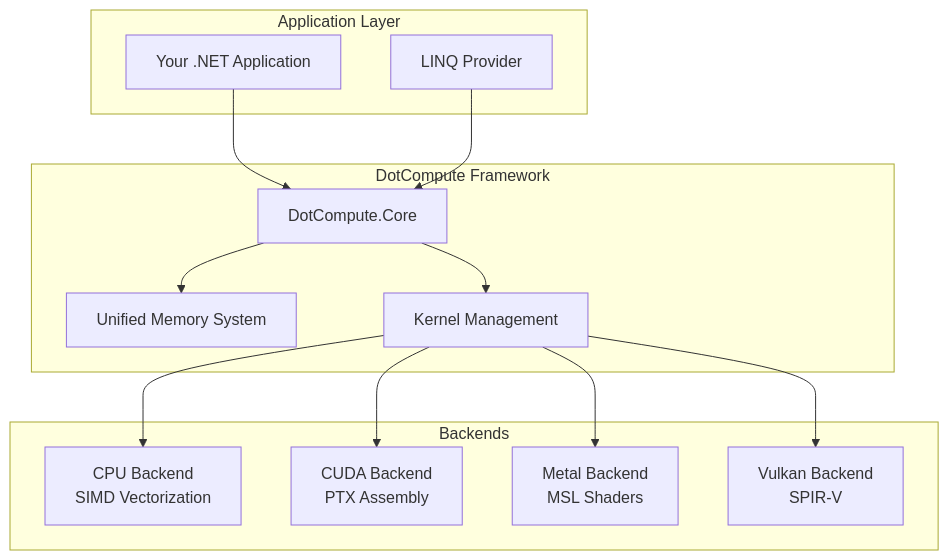
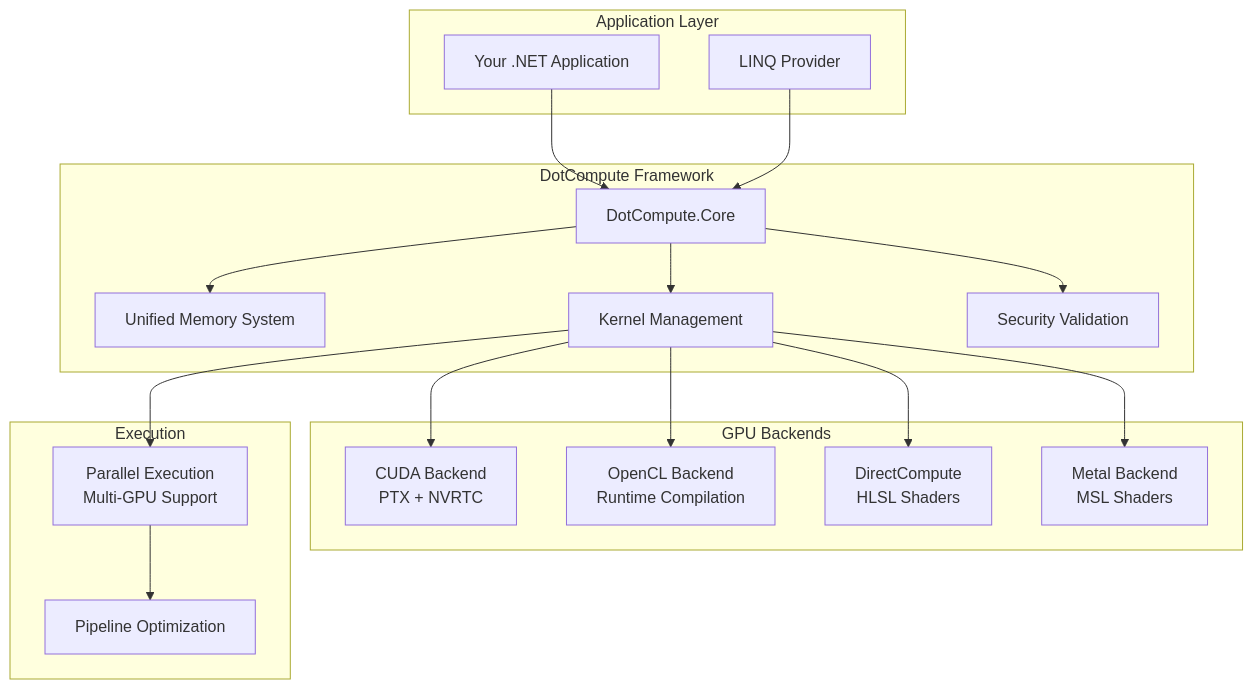
One commit to mivertowski/DotCompute changed the diagram in README.md. Above: the diagram before and after it, drawn with Mermaid. The commit also changed other lines of this file and 134 other files, not shown here.

````diff
--- a/README.md
+++ b/README.md
@@ -86,29 +102,38 @@
 ```mermaid
 graph TB
     subgraph "Application Layer"
         App[Your .NET Application]
         LINQ[LINQ Provider]
     end
     
     subgraph "DotCompute Framework"
         Core[DotCompute.Core]
         Memory[Unified Memory System]
         Kernels[Kernel Management]
+        Security[Security Validation]
     end
     
-    subgraph "Backends"
-        CPU[CPU Backend<br/>SIMD Vectorization]
-        CUDA[CUDA Backend<br/>PTX Assembly]
+    subgraph "GPU Backends"
+        CUDA[CUDA Backend<br/>PTX + NVRTC]
+        OpenCL[OpenCL Backend<br/>Runtime Compilation]
+        DirectCompute[DirectCompute<br/>HLSL Shaders]
         Metal[Metal Backend<br/>MSL Shaders]
-        Vulkan[Vulkan Backend<br/>SPIR-V]
+    end
+    
+    subgraph "Execution"
+        Parallel[Parallel Execution<br/>Multi-GPU Support]
+        Pipeline[Pipeline Optimization]
     end
     
     App --> Core
     LINQ --> Core
     Core --> Memory
     Core --> Kernels
-    Kernels --> CPU
+    Core --> Security
     Kernels --> CUDA
+    Kernels --> OpenCL
+    Kernels --> DirectCompute
     Kernels --> Metal
-    Kernels --> Vulkan
+    Kernels --> Parallel
+    Parallel --> Pipeline
 ```
````
